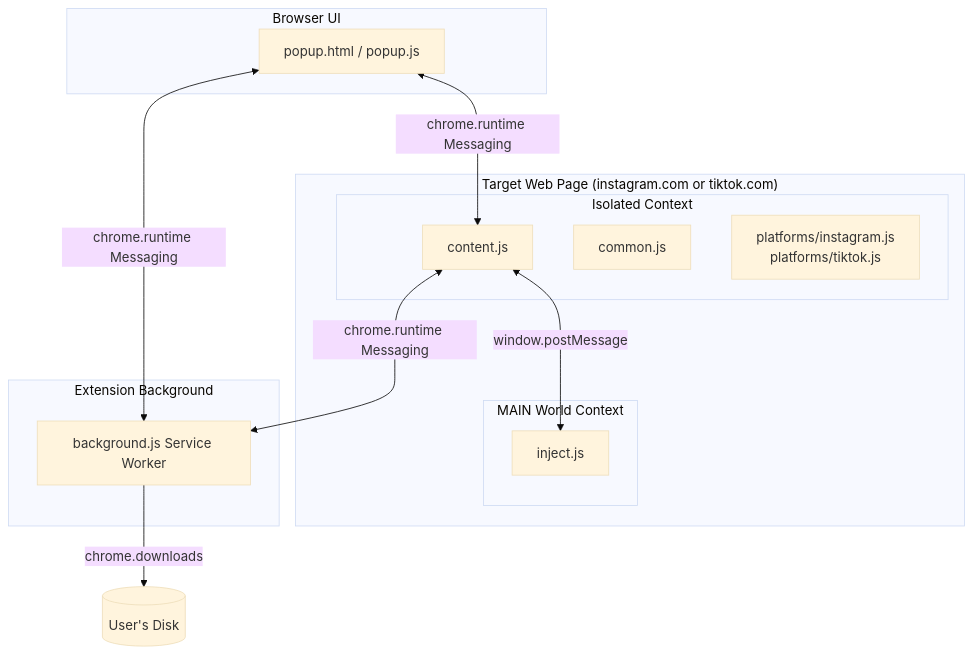
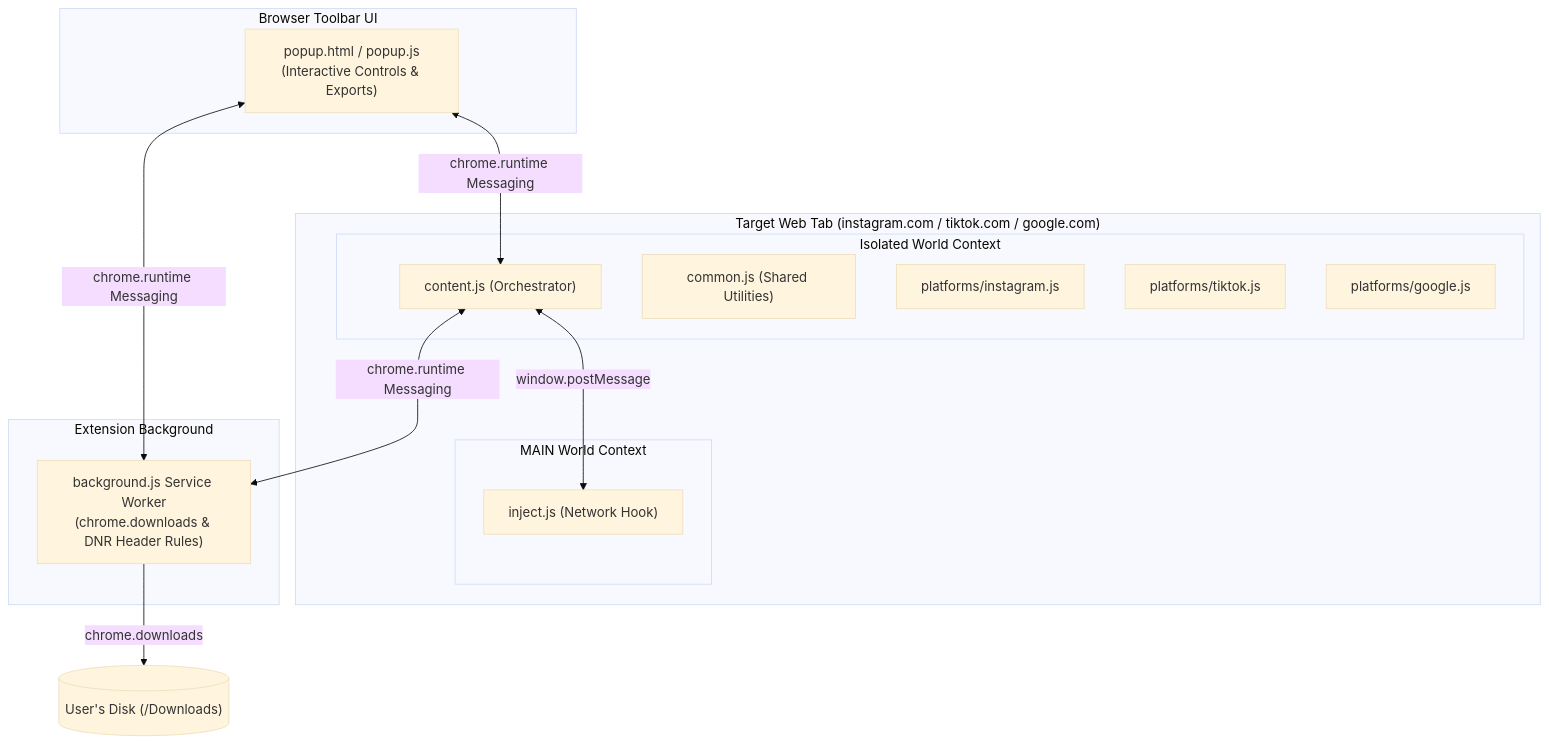
One commit to jim788e/Multiscraper changed the first of 5 diagrams in docs/architecture.md. Above: the diagram before and after it, drawn with Mermaid (base theme). The commit also changed other lines of this file and 8 other files, not shown here.

````diff
--- a/docs/architecture.md
+++ b/docs/architecture.md
@@ -11,27 +11,29 @@
 ```mermaid
 graph TD
-    subgraph "Browser UI"
-        Popup[popup.html / popup.js]
+    subgraph "Browser Toolbar UI"
+        Popup["popup.html / popup.js<br>(Interactive Controls & Exports)"]
     end
 
-    subgraph "Target Web Page (instagram.com or tiktok.com)"
-        subgraph "Isolated Context"
-            Content[content.js]
-            Common[common.js]
-            Adapters[platforms/instagram.js<br>platforms/tiktok.js]
+    subgraph "Target Web Tab (instagram.com / tiktok.com / google.com)"
+        subgraph "Isolated World Context"
+            Content["content.js (Orchestrator)"]
+            Common["common.js (Shared Utilities)"]
+            IGAdapter["platforms/instagram.js"]
+            TTAdapter["platforms/tiktok.js"]
+            GoogleAdapter["platforms/google.js"]
         end
         subgraph "MAIN World Context"
-            Inject[inject.js]
+            Inject["inject.js (Network Hook)"]
         end
     end
 
     subgraph "Extension Background"
-        Worker[background.js Service Worker]
+        Worker["background.js Service Worker<br>(chrome.downloads & DNR Header Rules)"]
     end
 
     Popup <-->|chrome.runtime Messaging| Content
     Popup <-->|chrome.runtime Messaging| Worker
     Content <-->|window.postMessage| Inject
     Content <-->|chrome.runtime Messaging| Worker
-    Worker -->|chrome.downloads| Disk[(User's Disk)]
+    Worker -->|chrome.downloads| Disk[("User's Disk (/Downloads)")]
 ```
````
